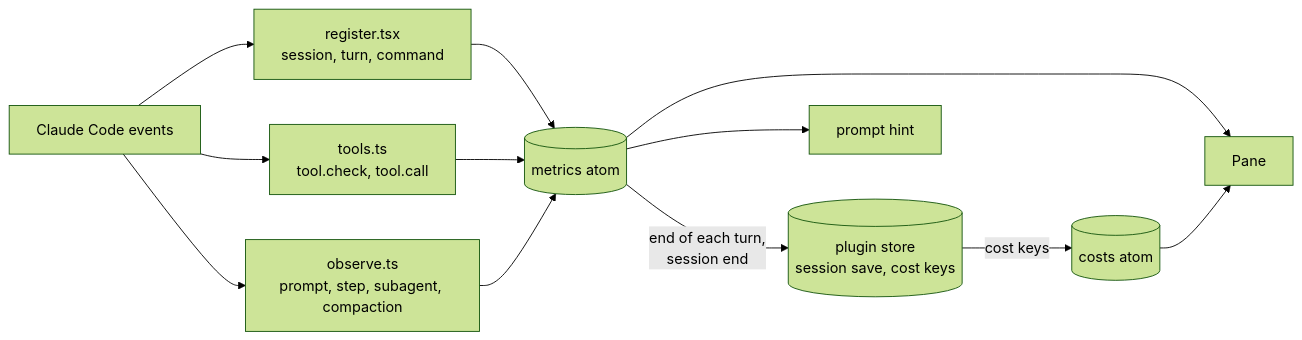
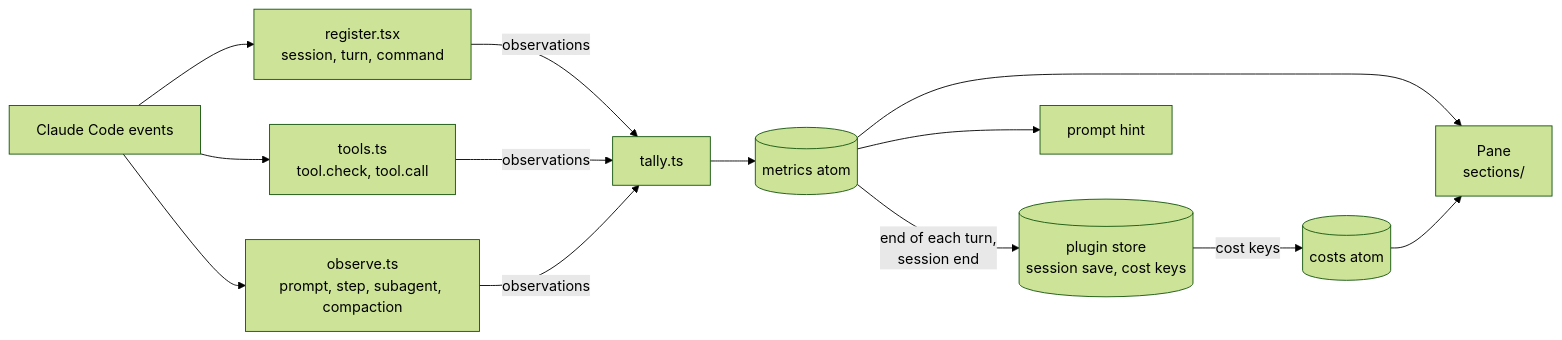
The diagram in README.md (robstove/claude-pulse), drawn with Mermaid (forest theme) before and after one commit. The commit also changed other lines of this file and 31 other files, not shown here.

````diff
--- a/README.md
+++ b/README.md
@@ -99,11 +99,12 @@
 ```mermaid
 flowchart LR
   CC["Claude Code events"] --> R["register.tsx<br/>session, turn, command"]
   CC --> T["tools.ts<br/>tool.check, tool.call"]
   CC --> O["observe.ts<br/>prompt, step, subagent, compaction"]
-  R & T & O --> M[("metrics atom")]
+  R & T & O -- "observations" --> K["tally.ts"]
+  K --> M[("metrics atom")]
   M -- "end of each turn,<br/>session end" --> S[("plugin store<br/>session save, cost keys")]
   S -- "cost keys" --> C[("costs atom")]
-  M & C --> P["Pane"]
+  M & C --> P["Pane<br/>sections/"]
   M --> H["prompt hint"]
 ```
````
